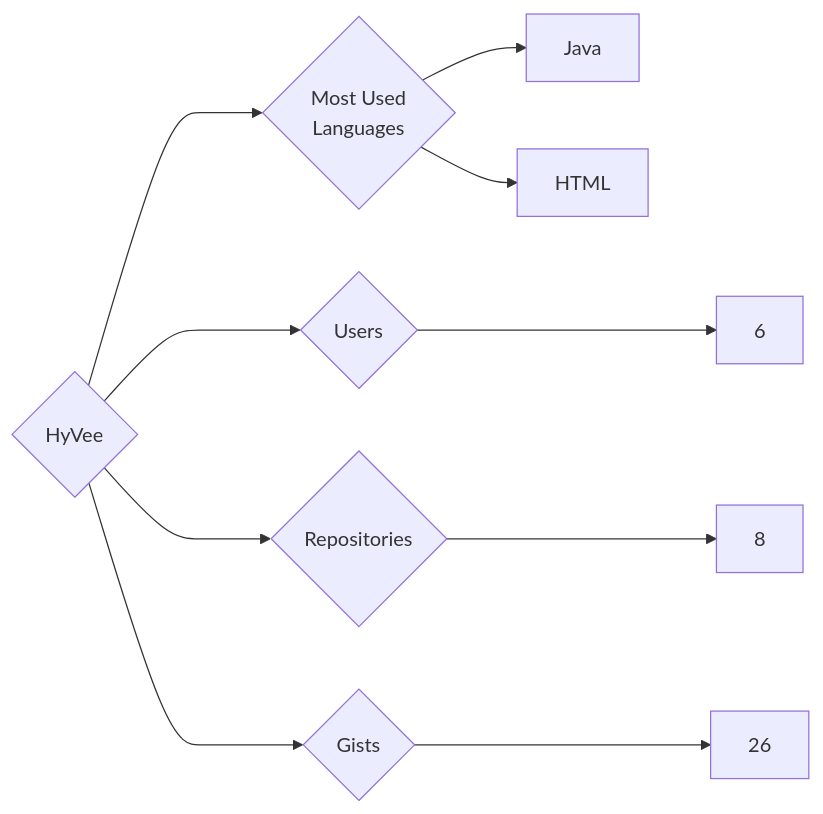
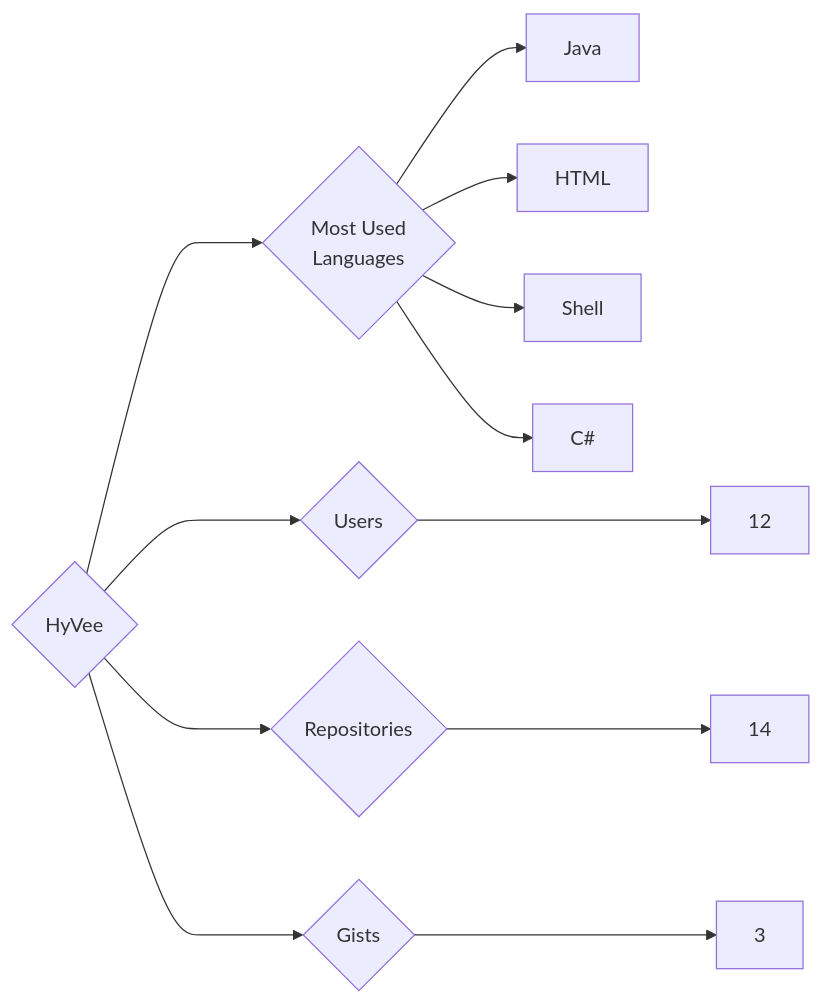
The diagram in targets/HyVee/README.md (trickest/insiders), drawn with Mermaid before and after one commit. The commit also changed 814 other files, not shown here.

````diff
--- a/targets/HyVee/README.md
+++ b/targets/HyVee/README.md
@@ -3,10 +3,12 @@
 ```mermaid
 graph LR
 COMPANY_NAME{HyVee}
-COMPANY_NAME ---> U{Users} ---> UN[6]
-COMPANY_NAME ---> R{Repositories} ---> RN[8]
-COMPANY_NAME ---> G{Gists} ---> GN[26]
+COMPANY_NAME ---> U{Users} ---> UN[12]
+COMPANY_NAME ---> R{Repositories} ---> RN[14]
+COMPANY_NAME ---> G{Gists} ---> GN[3]
 COMPANY_NAME ---> ML{Most Used<br>Languages}
 ML --> Java[Java]
 ML --> HTML[HTML]
+ML --> Shell[Shell]
+ML --> C#[C#]
 ```
````
